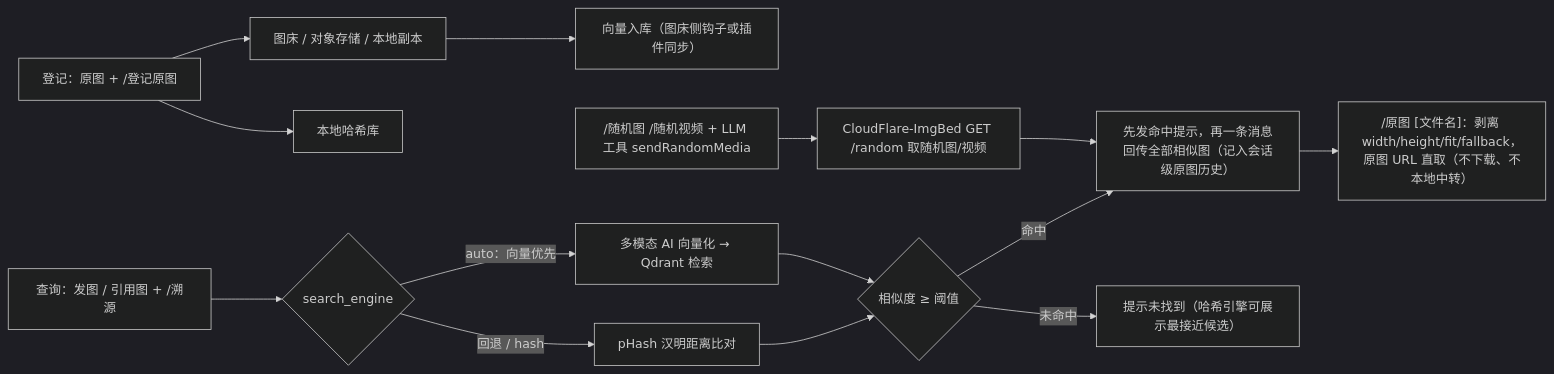
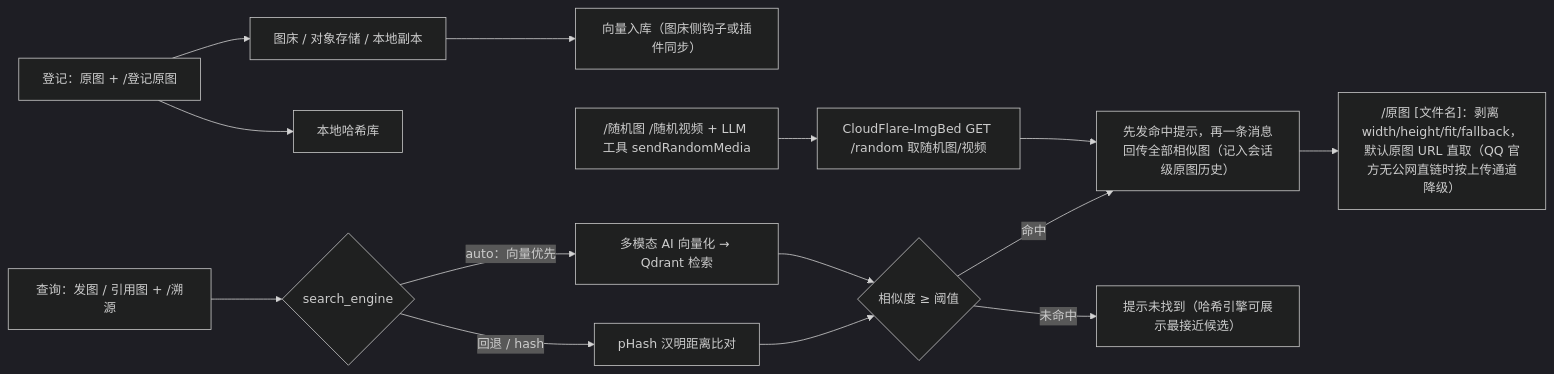
Before and after one commit to diyushuang/astrbot_plugin_image_trace: the diagram in README.md, drawn with Mermaid (dark theme). The commit also changed other lines of this file and 14 other files, not shown here.

````diff
--- a/README.md
+++ b/README.md
@@ -65,16 +65,16 @@
 ```mermaid
 flowchart LR
     A["登记：原图 + /登记原图"] --> B["图床 / 对象存储 / 本地副本"]
     B --> C["向量入库（图床侧钩子或插件同步）"]
     A --> D["本地哈希库"]
     M["/随机图 /随机视频 + LLM 工具 sendRandomMedia"] --> N["CloudFlare-ImgBed GET /random 取随机图/视频"]
     E["查询：发图 / 引用图 + /溯源"] --> F{search_engine}
     F -- "auto：向量优先" --> G["多模态 AI 向量化 → Qdrant 检索"]
     F -- "回退 / hash" --> H["pHash 汉明距离比对"]
     G --> I{"相似度 ≥ 阈值"}
     H --> I
     I -- 命中 --> J["先发命中提示，再一条消息回传全部相似图（记入会话级原图历史）"]
     I -- 未命中 --> K["提示未找到（哈希引擎可展示最接近候选）"]
     N --> J
-    J --> L["/原图 [文件名]：剥离 width/height/fit/fallback，原图 URL 直取（不下载、不本地中转）"]
+    J --> L["/原图 [文件名]：剥离 width/height/fit/fallback，默认原图 URL 直取（QQ 官方无公网直链时按上传通道降级）"]
 ```
````
